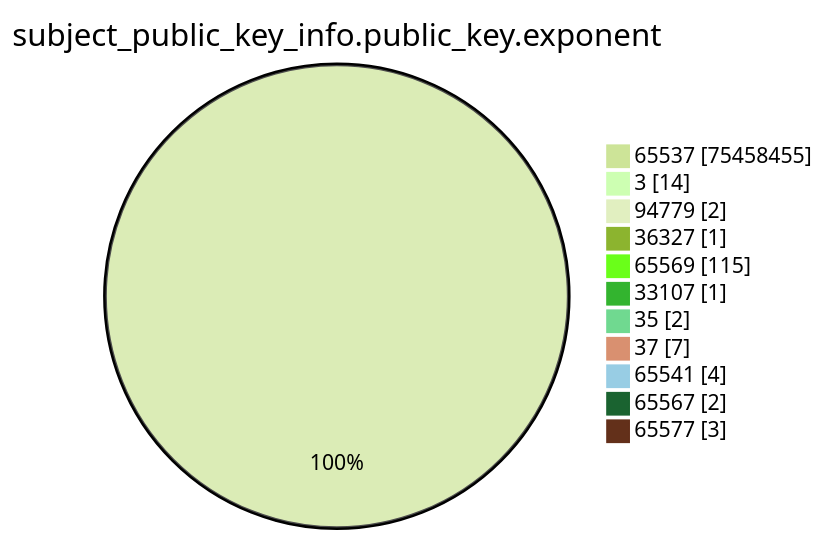
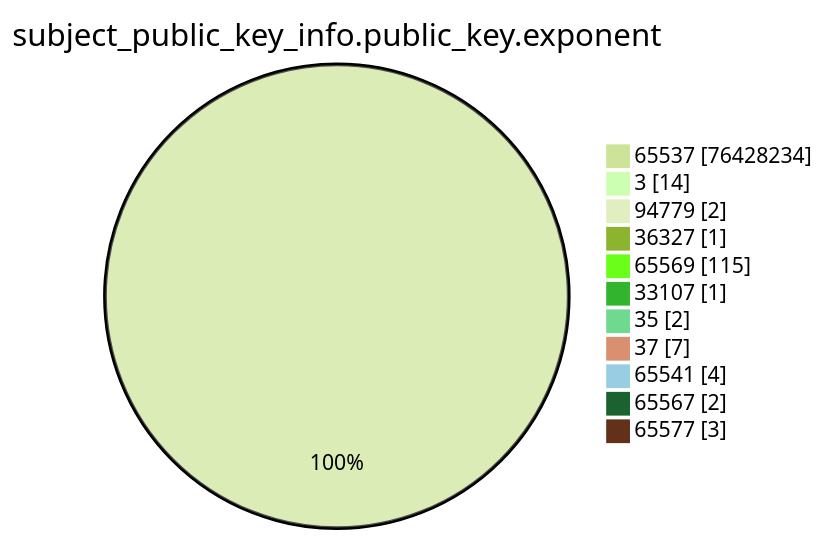
One commit to christiankrug/ctmonitor_visualization changed the fourth of 15 diagrams in xenon2023/README.md. Above: the diagram before and after it, drawn with Mermaid (forest theme). The commit also changed other lines of this file, not shown here.

````diff
--- a/xenon2023/README.md
+++ b/xenon2023/README.md
@@ -1226,15 +1226,15 @@
 ```mermaid
 pie showData
 title subject_public_key_info.public_key.exponent
-"65537" :75458455
+"65537" :76428234
 "3" :14
 "94779" :2
 "36327" :1
 "65569" :115
 "33107" :1
 "35" :2
 "37" :7
 "65541" :4
 "65567" :2
 "65577" :3
 ```
````
